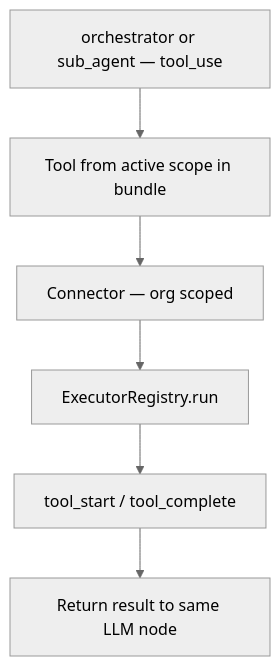
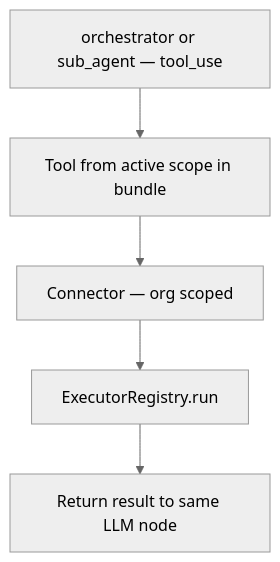
One commit to shehan-jayasinghe/bot-builder changed diagram 11 of 13 in backend/document/chat/01-chat-completion-diagrams.md. Above: the diagram before and after it, drawn with Mermaid (neutral theme). The commit also changed other lines of this file and 37 other files, not shown here.

````diff
--- a/backend/document/chat/01-chat-completion-diagrams.md
+++ b/backend/document/chat/01-chat-completion-diagrams.md
@@ -347,9 +347,8 @@
 ```mermaid
 flowchart TB
     LLM[orchestrator or sub_agent — tool_use]
     LLM --> RESOLVE[Tool from active scope in bundle]
     RESOLVE --> CONN[Connector — org scoped]
     CONN --> EXEC[ExecutorRegistry.run]
-    EXEC --> TRACE[tool_start / tool_complete]
-    TRACE --> LLM2[Return result to same LLM node]
+    EXEC --> LLM2[Return result to same LLM node]
 ```
````
